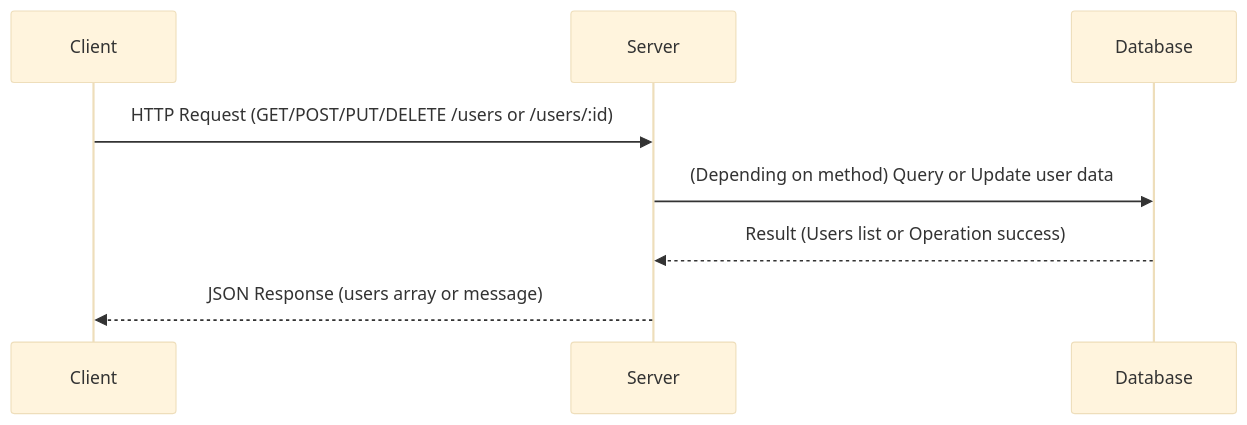
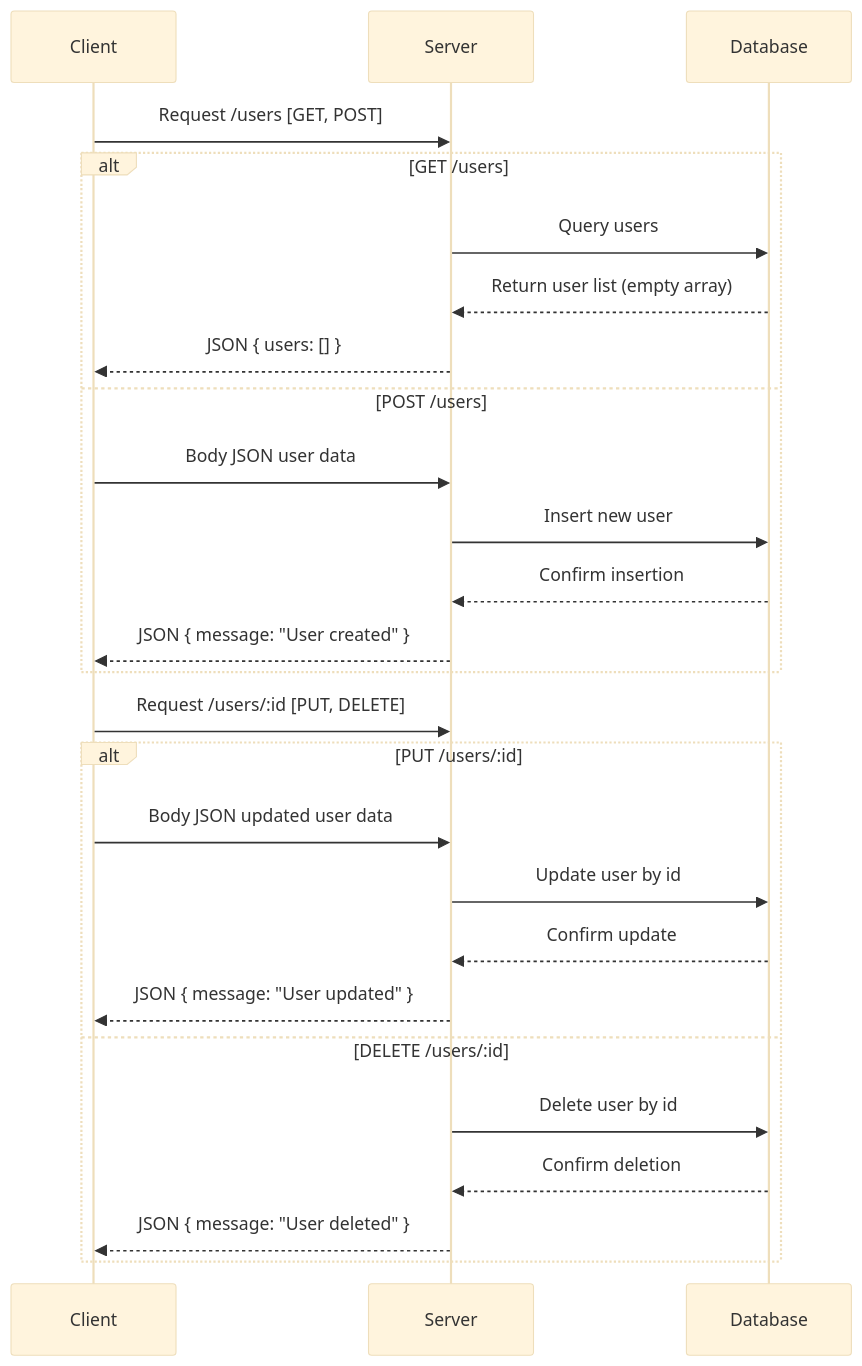
The diagram in generated-api-docs.md (swmiya8/sample-api-key), drawn with Mermaid (base theme) before and after one commit. The commit also changed other lines of this file, not shown here.

````diff
--- a/generated-api-docs.md
+++ b/generated-api-docs.md
@@ -249,11 +230,30 @@
 ```mermaid
 sequenceDiagram
     participant Client
     participant Server
     participant Database
 
-    Client->>Server: HTTP Request (GET/POST/PUT/DELETE /users or /users/:id)
-    Server->>Database: (Depending on method) Query or Update user data
-    Database-->>Server: Result (Users list or Operation success)
-    Server-->>Client: JSON Response (users array or message)
+    Client->>Server: Request /users [GET, POST]
+    alt GET /users
+        Server->>Database: Query users
+        Database-->>Server: Return user list (empty array)
+        Server-->>Client: JSON { users: [] }
+    else POST /users
+        Client->>Server: Body JSON user data
+        Server->>Database: Insert new user
+        Database-->>Server: Confirm insertion
+        Server-->>Client: JSON { message: "User created" }
+    end
+
+    Client->>Server: Request /users/:id [PUT, DELETE]
+    alt PUT /users/:id
+        Client->>Server: Body JSON updated user data
+        Server->>Database: Update user by id
+        Database-->>Server: Confirm update
+        Server-->>Client: JSON { message: "User updated" }
+    else DELETE /users/:id
+        Server->>Database: Delete user by id
+        Database-->>Server: Confirm deletion
+        Server-->>Client: JSON { message: "User deleted" }
+    end
 ```
````
